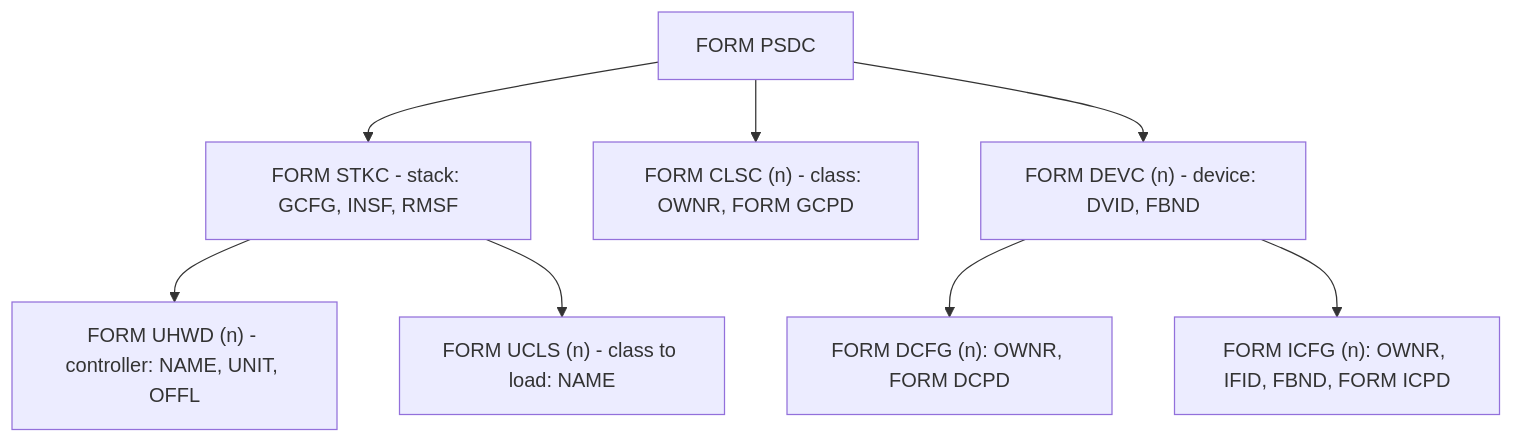
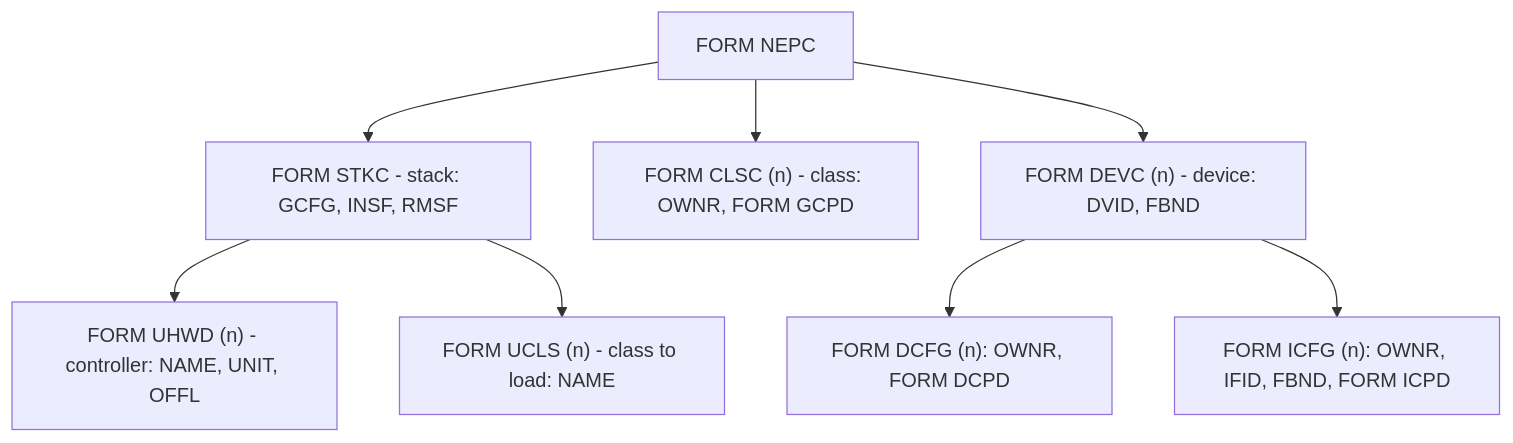
The seventh of 7 diagrams in docs/neptune.library-architecture.md (rondoval/neptune-usb-stack), drawn with Mermaid before and after one commit. The commit also changed other lines of this file and 14 other files, not shown here.

````diff
--- a/docs/neptune.library-architecture.md
+++ b/docs/neptune.library-architecture.md
@@ -584,10 +584,10 @@
 ```mermaid
 flowchart TD
-    ROOT["FORM PSDC"] --> STKC["FORM STKC - stack: GCFG, INSF, RMSF"]
+    ROOT["FORM NEPC"] --> STKC["FORM STKC - stack: GCFG, INSF, RMSF"]
     ROOT --> CLSC["FORM CLSC (n) - class: OWNR, FORM GCPD"]
     ROOT --> DEVC["FORM DEVC (n) - device: DVID, FBND"]
     STKC --> UHWD["FORM UHWD (n) - controller: NAME, UNIT, OFFL"]
     STKC --> UCLS["FORM UCLS (n) - class to load: NAME"]
     DEVC --> DCFG["FORM DCFG (n): OWNR, FORM DCPD"]
     DEVC --> ICFG["FORM ICFG (n): OWNR, IFID, FBND, FORM ICPD"]
 ```
````
